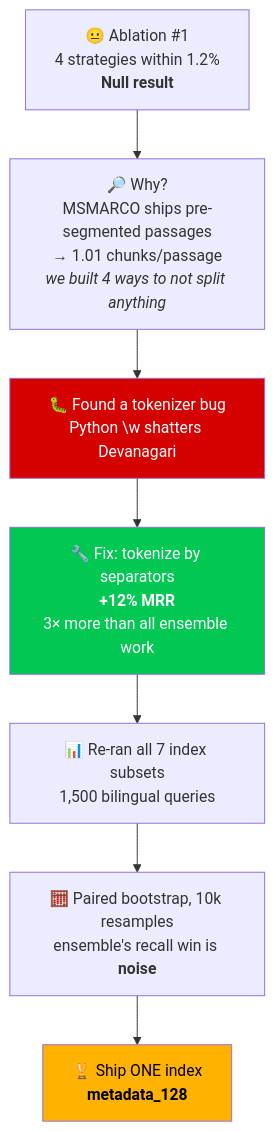
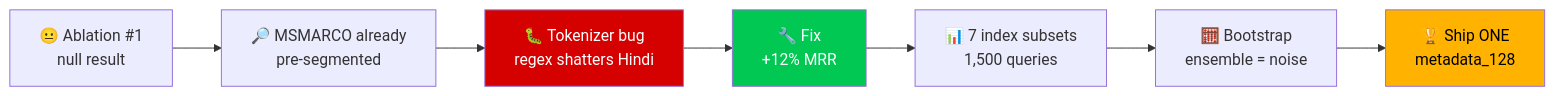
Before and after one commit to manishchandraraturi/voice-rag: the third of 3 diagrams in README.md, drawn with Mermaid. The commit also changed other lines of this file and 1 other file, not shown here.

````diff
--- a/README.md
+++ b/README.md
@@ -220,12 +214,12 @@
 ```mermaid
-flowchart TD
-    A["😐 Ablation #1<br/>4 strategies within 1.2%<br/><b>Null result</b>"] --> B["🔎 Why?<br/>MSMARCO ships pre-segmented passages<br/>→ 1.01 chunks/passage<br/><i>we built 4 ways to not split anything</i>"]
-    B --> C["🐛 Found a tokenizer bug<br/>Python \w shatters Devanagari"]
-    C --> D["🔧 Fix: tokenize by separators<br/><b>+12% MRR</b><br/>3× more than all ensemble work"]
-    D --> E["📊 Re-ran all 7 index subsets<br/>1,500 bilingual queries"]
-    E --> F["🧮 Paired bootstrap, 10k resamples<br/>ensemble's recall win is <b>noise</b>"]
-    F --> G["🏆 Ship ONE index<br/><b>metadata_128</b>"]
+flowchart LR
+    A["😐 Ablation #1<br/>null result"] --> B["🔎 MSMARCO already<br/>pre-segmented"]
+    B --> C["🐛 Tokenizer bug<br/>regex shatters Hindi"]
+    C --> D["🔧 Fix<br/>+12% MRR"]
+    D --> E["📊 7 index subsets<br/>1,500 queries"]
+    E --> F["🧮 Bootstrap<br/>ensemble = noise"]
+    F --> G["🏆 Ship ONE<br/>metadata_128"]
     style C fill:#d50000,color:#fff
     style D fill:#00c853,color:#fff
     style G fill:#ffb300,color:#000
 ```
````
